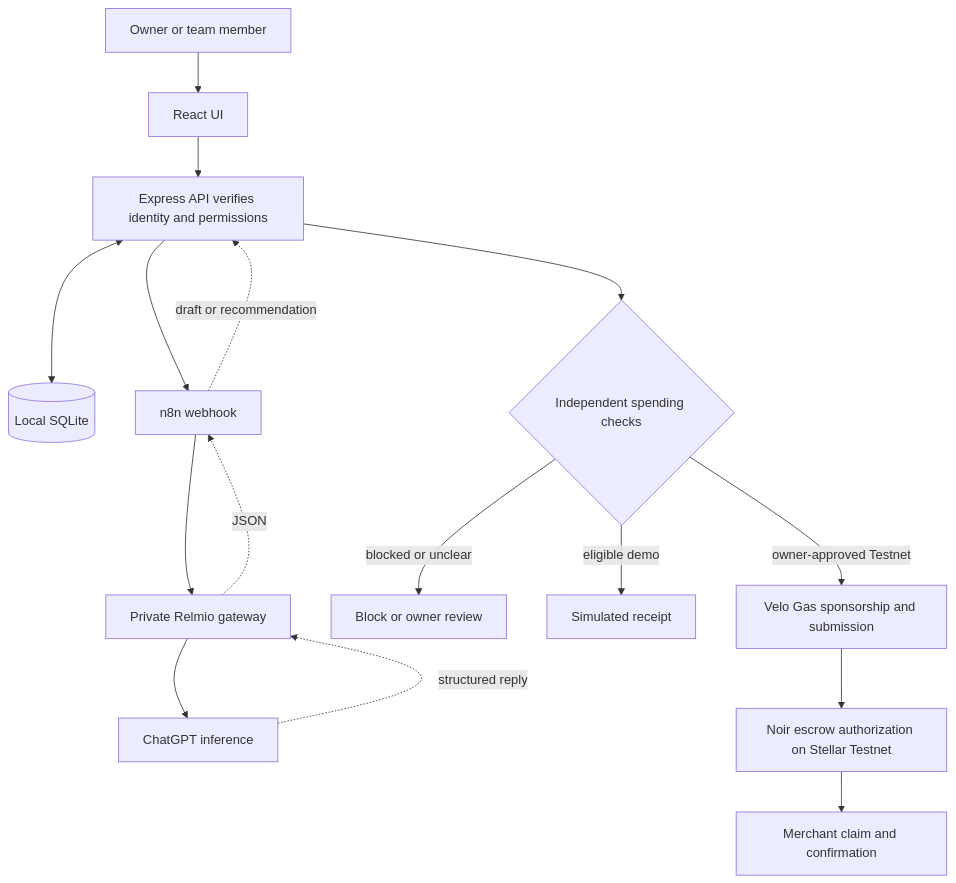
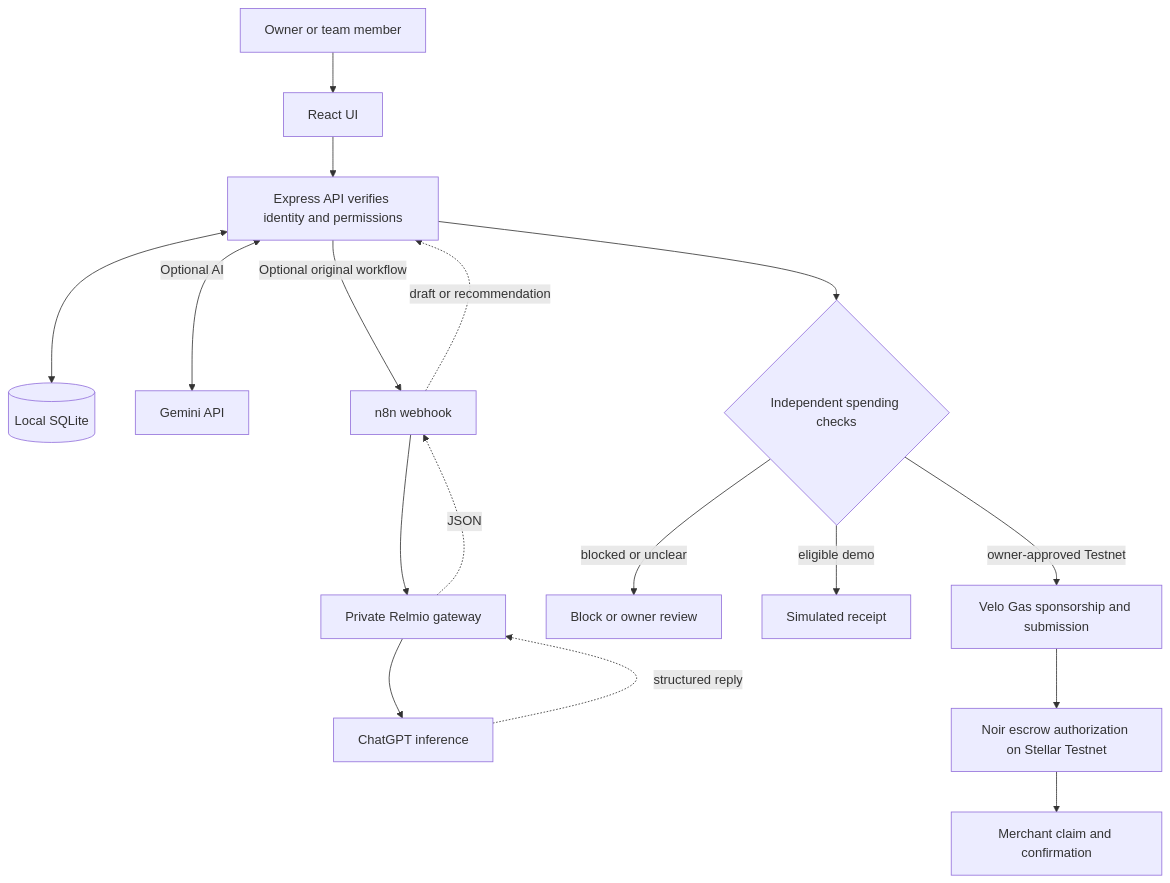
One commit to Enerbonn/Allowance changed the diagram in README.md. Above: the diagram before and after it, drawn with Mermaid. The commit also changed other lines of this file and 10 other files, not shown here.

````diff
--- a/README.md
+++ b/README.md
@@ -42,18 +50,19 @@
 ```mermaid
 flowchart TD
     U[Owner or team member] --> B[React UI]
     B --> A[Express API verifies identity and permissions]
     A <--> S[(Local SQLite)]
-    A --> N[n8n webhook]
+    A <-->|Optional AI| G[Gemini API]
+    A -->|Optional original workflow| N[n8n webhook]
     N --> R[Private Relmio gateway]
     R --> M[ChatGPT inference]
     M -. structured reply .-> R
     R -. JSON .-> N
     N -. draft or recommendation .-> A
     A --> P{Independent spending checks}
     P -- blocked or unclear --> O[Block or owner review]
     P -- eligible demo --> D[Simulated receipt]
     P -- owner-approved Testnet --> V[Velo Gas sponsorship and submission]
     V --> E[Noir escrow authorization on Stellar Testnet]
     E --> C[Merchant claim and confirmation]
 ```
````
